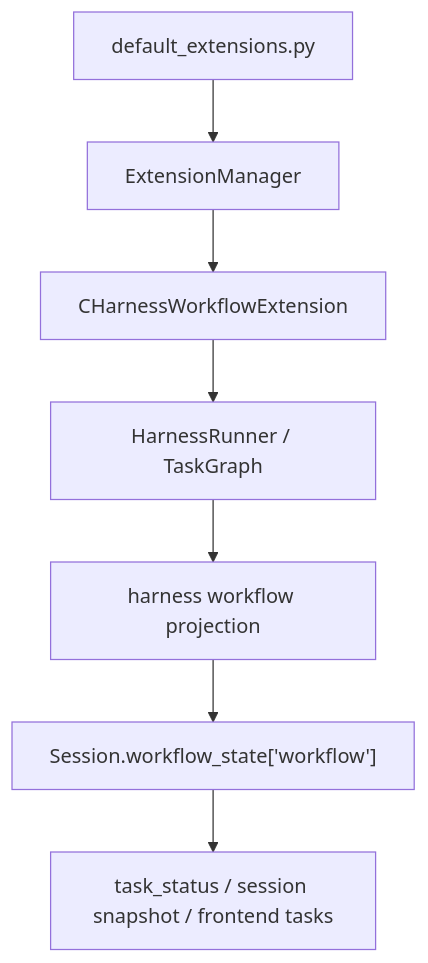
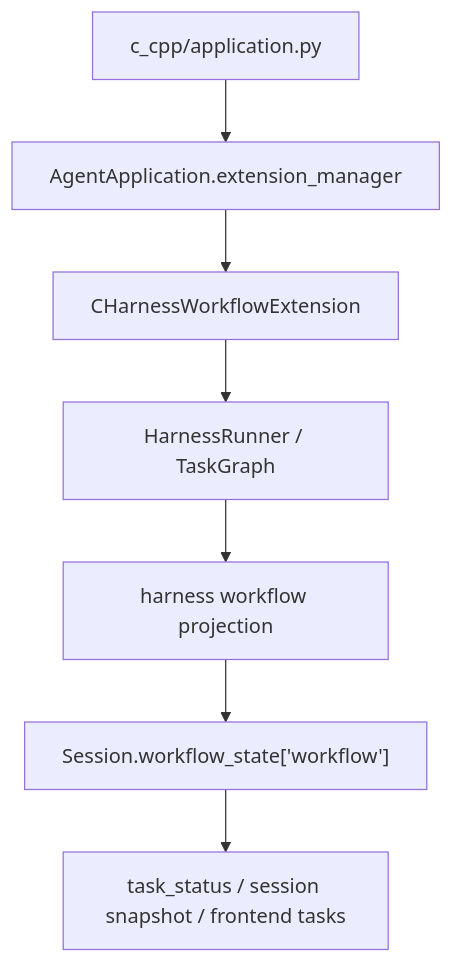
Before and after one commit to czh869452912/ccode-win7: the diagram in docs/modules/harness.md, drawn with Mermaid. The commit also changed other lines of this file and 59 other files, not shown here.

Commit message:
Refactor agent application composition

````diff
--- a/docs/modules/harness.md
+++ b/docs/modules/harness.md
@@ -58,9 +58,9 @@
 ```mermaid
 flowchart TD
-    A["default_extensions.py"] --> B["ExtensionManager"]
+    A["c_cpp/application.py"] --> B["AgentApplication.extension_manager"]
     B --> C["CHarnessWorkflowExtension"]
     C --> D["HarnessRunner / TaskGraph"]
     D --> E["harness workflow projection"]
     E --> F["Session.workflow_state['workflow']"]
     F --> G["task_status / session snapshot / frontend tasks"]
 ```
````
